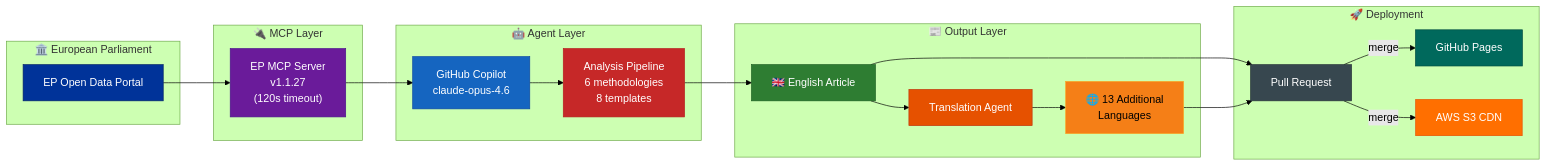
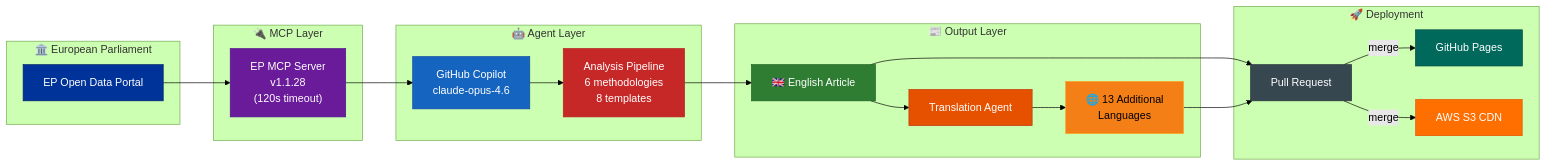
Diagram 21 of 21 in WORKFLOWS.md (Hack23/euparliamentmonitor), drawn with Mermaid (forest theme) before and after one commit. The commit also changed other lines of this file and 27 other files, not shown here.

First line of the commit message:
chore: bump european-parliament-mcp-server 1.1.27 → 1.1.28 in all config, workflows, and docs

````diff
--- a/WORKFLOWS.md
+++ b/WORKFLOWS.md
@@ -1746,42 +1746,42 @@
 ```mermaid
 flowchart LR
     subgraph "🏛️ European Parliament"
         EP["EP Open Data Portal"]
     end
 
     subgraph "🔌 MCP Layer"
-        MCP["EP MCP Server<br/>v1.1.27<br/>(120s timeout)"]
+        MCP["EP MCP Server<br/>v1.1.28<br/>(120s timeout)"]
     end
 
     subgraph "🤖 Agent Layer"
         Agent["GitHub Copilot<br/>claude-opus-4.6"]
         Analyze["Analysis Pipeline<br/>6 methodologies<br/>8 templates"]
     end
 
     subgraph "📰 Output Layer"
         EN["🇬🇧 English Article"]
         Translate["Translation Agent"]
         Multi["🌐 13 Additional<br/>Languages"]
     end
 
     subgraph "🚀 Deployment"
         PR["Pull Request"]
         Pages["GitHub Pages"]
         S3["AWS S3 CDN"]
     end
 
     EP --> MCP --> Agent --> Analyze --> EN --> PR
     EN --> Translate --> Multi --> PR
     PR --> |"merge"| Pages & S3
 
     style EP fill:#003399,stroke:#002266,color:#FFFFFF
     style MCP fill:#6A1B9A,stroke:#4A148C,color:#FFFFFF
     style Agent fill:#1565C0,stroke:#0D47A1,color:#FFFFFF
     style Analyze fill:#C62828,stroke:#B71C1C,color:#FFFFFF
     style EN fill:#2E7D32,stroke:#1B5E20,color:#FFFFFF
     style Translate fill:#E65100,stroke:#BF360C,color:#FFFFFF
     style Multi fill:#F57F17,stroke:#F9A825,color:#000000
     style PR fill:#37474F,stroke:#263238,color:#FFFFFF
     style Pages fill:#00695C,stroke:#004D40,color:#FFFFFF
     style S3 fill:#FF6F00,stroke:#E65100,color:#FFFFFF
 ```
````
